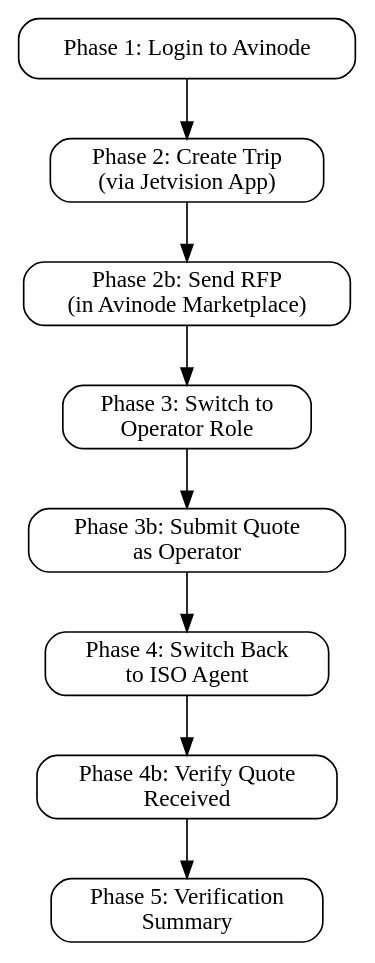
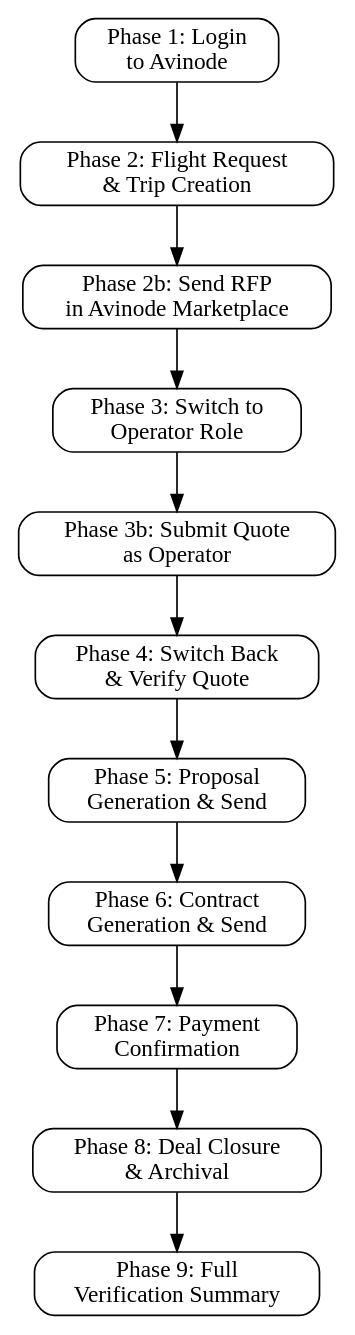
The diagram in .claude/skills/avinode-sandbox-test/SKILL.md (kingler/v0-jetvision-assistant), drawn with Graphviz before and after one commit. The commit also changed other lines of this file and 35 other files, not shown here.

````diff
--- a/.claude/skills/avinode-sandbox-test/SKILL.md
+++ b/.claude/skills/avinode-sandbox-test/SKILL.md
@@ -74,23 +84,29 @@
 ```dot
 digraph avinode_test {
   rankdir=TB;
   node [shape=box, style=rounded];
 
-  login [label="Phase 1: Login to Avinode"];
-  create_trip [label="Phase 2: Create Trip\n(via Jetvision App)"];
-  send_rfp [label="Phase 2b: Send RFP\n(in Avinode Marketplace)"];
+  login [label="Phase 1: Login\nto Avinode"];
+  create_trip [label="Phase 2: Flight Request\n& Trip Creation"];
+  send_rfp [label="Phase 2b: Send RFP\nin Avinode Marketplace"];
   switch_op [label="Phase 3: Switch to\nOperator Role"];
   respond [label="Phase 3b: Submit Quote\nas Operator"];
-  switch_back [label="Phase 4: Switch Back\nto ISO Agent"];
-  verify [label="Phase 4b: Verify Quote\nReceived"];
-  summary [label="Phase 5: Verification\nSummary"];
+  switch_back [label="Phase 4: Switch Back\n& Verify Quote"];
+  proposal [label="Phase 5: Proposal\nGeneration & Send"];
+  contract [label="Phase 6: Contract\nGeneration & Send"];
+  payment [label="Phase 7: Payment\nConfirmation"];
+  close [label="Phase 8: Deal Closure\n& Archival"];
+  summary [label="Phase 9: Full\nVerification Summary"];
 
   login -> create_trip;
   create_trip -> send_rfp;
   send_rfp -> switch_op;
   switch_op -> respond;
   respond -> switch_back;
-  switch_back -> verify;
-  verify -> summary;
+  switch_back -> proposal;
+  proposal -> contract;
+  contract -> payment;
+  payment -> close;
+  close -> summary;
 }
 ```
````
